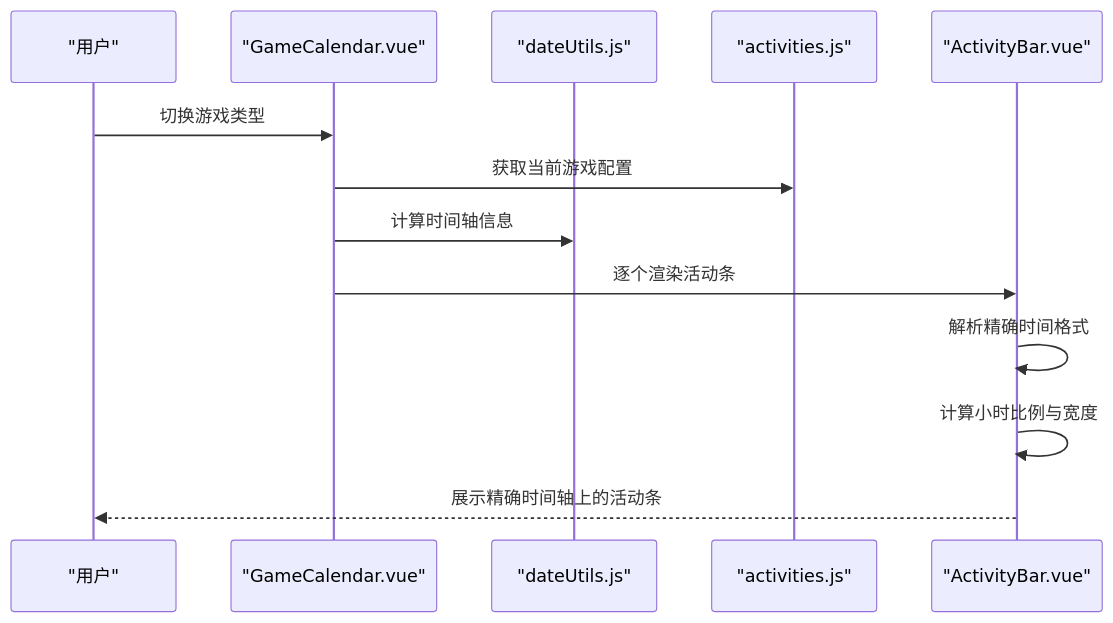
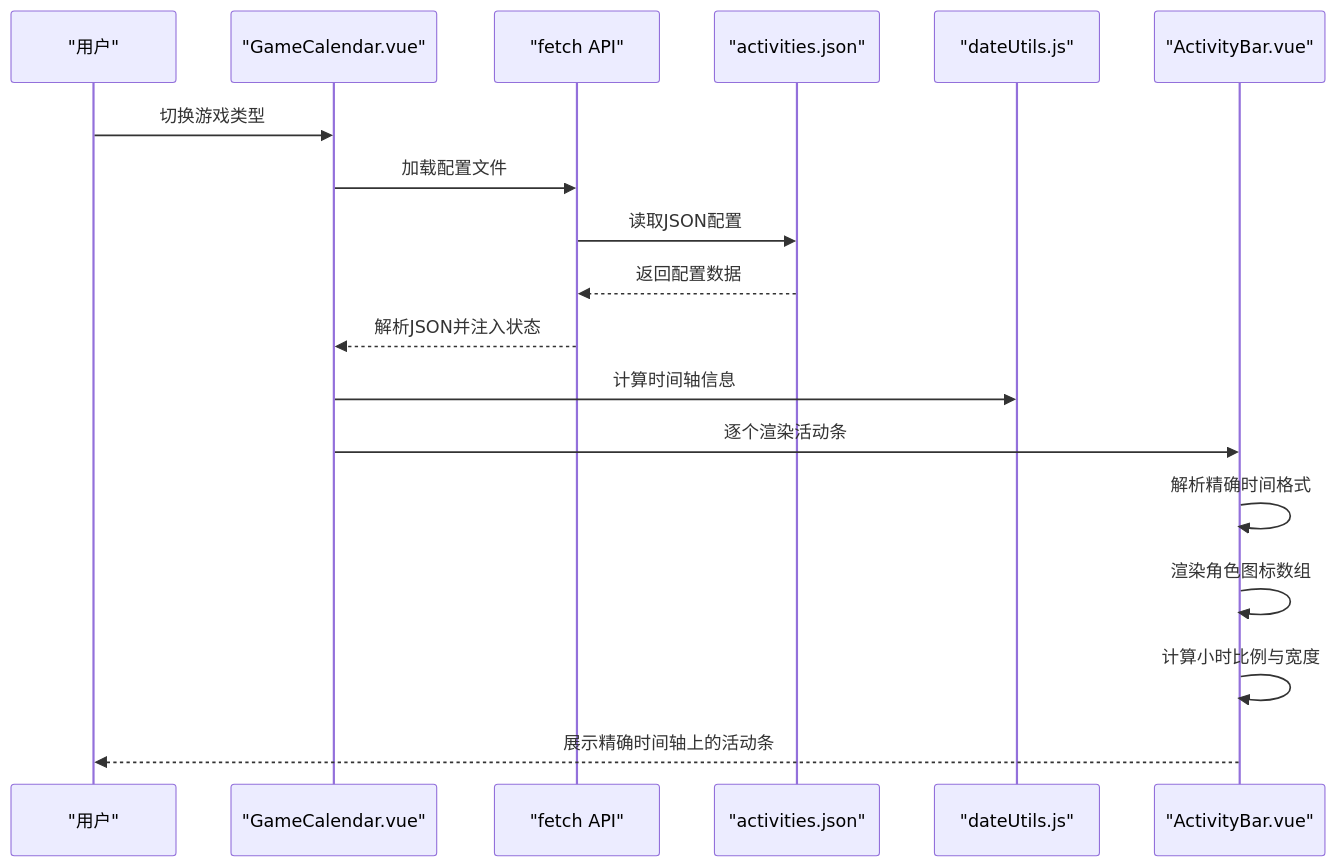
One commit to xuanyulingnfeg/gameCalendar changed the second of 7 diagrams in .qoder/repowiki/zh/content/配置系统.md. Above: the diagram before and after it, drawn with Mermaid. The commit also changed other lines of this file and 7 other files, not shown here.

````diff
--- a/.qoder/repowiki/zh/content/配置系统.md
+++ b/.qoder/repowiki/zh/content/配置系统.md
@@ -113,15 +107,20 @@
 ```mermaid
 sequenceDiagram
 participant U as "用户"
 participant GC as "GameCalendar.vue"
+participant FETCH as "fetch API"
+participant JSON as "activities.json"
 participant DU as "dateUtils.js"
-participant ACT as "activities.js"
 participant AB as "ActivityBar.vue"
 U->>GC : 切换游戏类型
-GC->>ACT : 获取当前游戏配置
+GC->>FETCH : 加载配置文件
+FETCH->>JSON : 读取JSON配置
+JSON-->>FETCH : 返回配置数据
+FETCH-->>GC : 解析JSON并注入状态
 GC->>DU : 计算时间轴信息
 GC->>AB : 逐个渲染活动条
 AB->>AB : 解析精确时间格式
+AB->>AB : 渲染角色图标数组
 AB->>AB : 计算小时比例与宽度
 AB-->>U : 展示精确时间轴上的活动条
 ```
````
